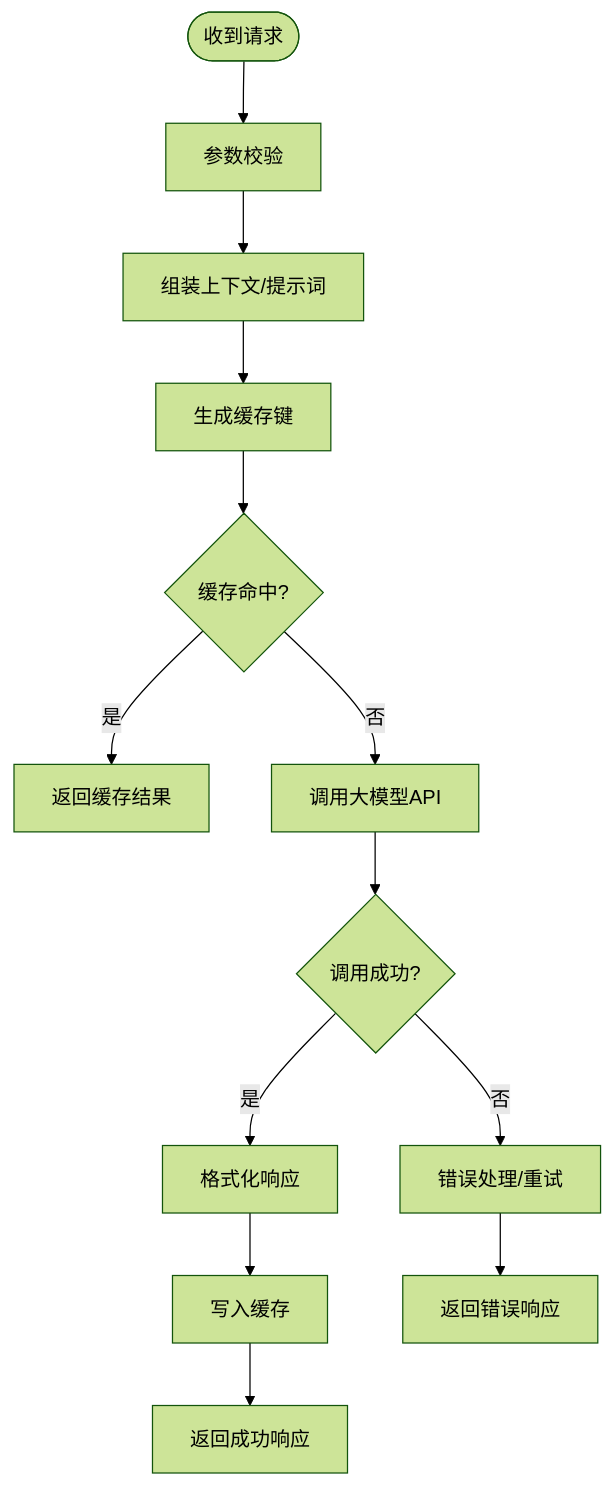
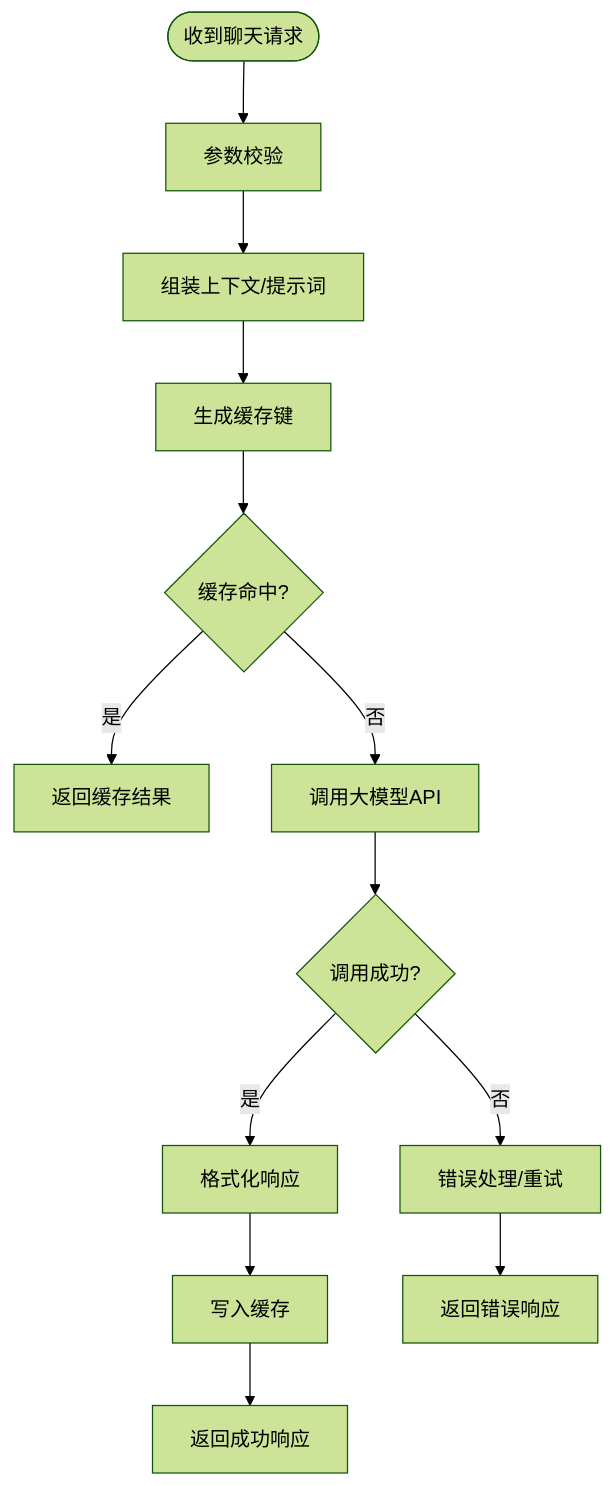
One commit to cwb7756/bio changed the fifth of 12 diagrams in .qoder/repowiki/zh/content/核心功能模块/AI智能助手.md. Above: the diagram before and after it, drawn with Mermaid (forest theme). The commit also changed other lines of this file and 45 other files, not shown here.

````diff
--- a/.qoder/repowiki/zh/content/核心功能模块/AI智能助手.md
+++ b/.qoder/repowiki/zh/content/核心功能模块/AI智能助手.md
@@ -192,15 +254,15 @@
 ```mermaid
 flowchart TD
-In(["收到请求"]) --> Validate["参数校验"]
+In(["收到聊天请求"]) --> Validate["参数校验"]
 Validate --> BuildCtx["组装上下文/提示词"]
 BuildCtx --> CacheKey["生成缓存键"]
 CacheKey --> Hit{"缓存命中?"}
 Hit --> |是| ReturnCache["返回缓存结果"]
 Hit --> |否| CallModel["调用大模型API"]
 CallModel --> ModelResp{"调用成功?"}
 ModelResp --> |是| Format["格式化响应"]
 Format --> SaveCache["写入缓存"]
 SaveCache --> ReturnOK["返回成功响应"]
 ModelResp --> |否| HandleErr["错误处理/重试"]
 HandleErr --> ReturnErr["返回错误响应"]
 ```
````
